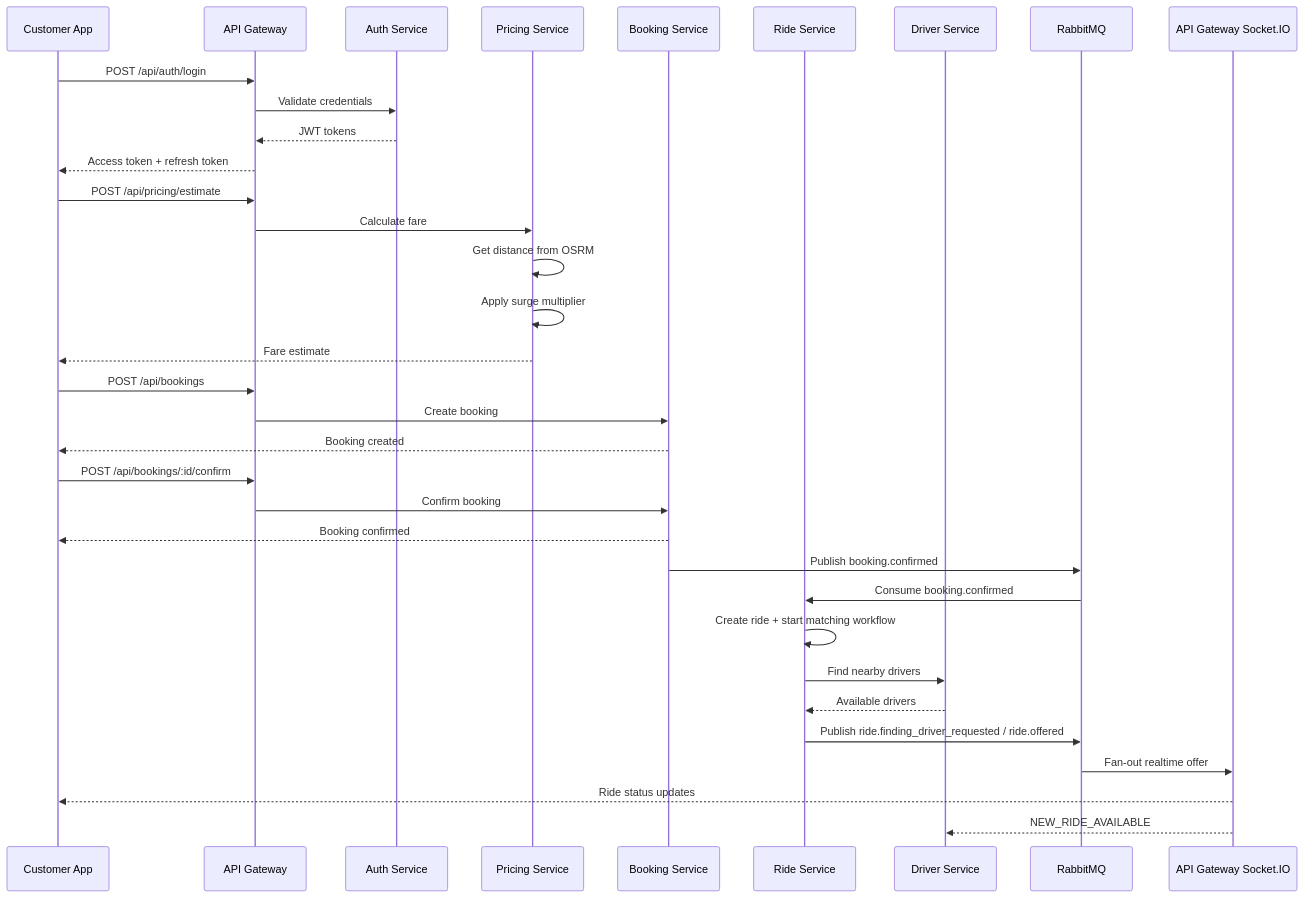
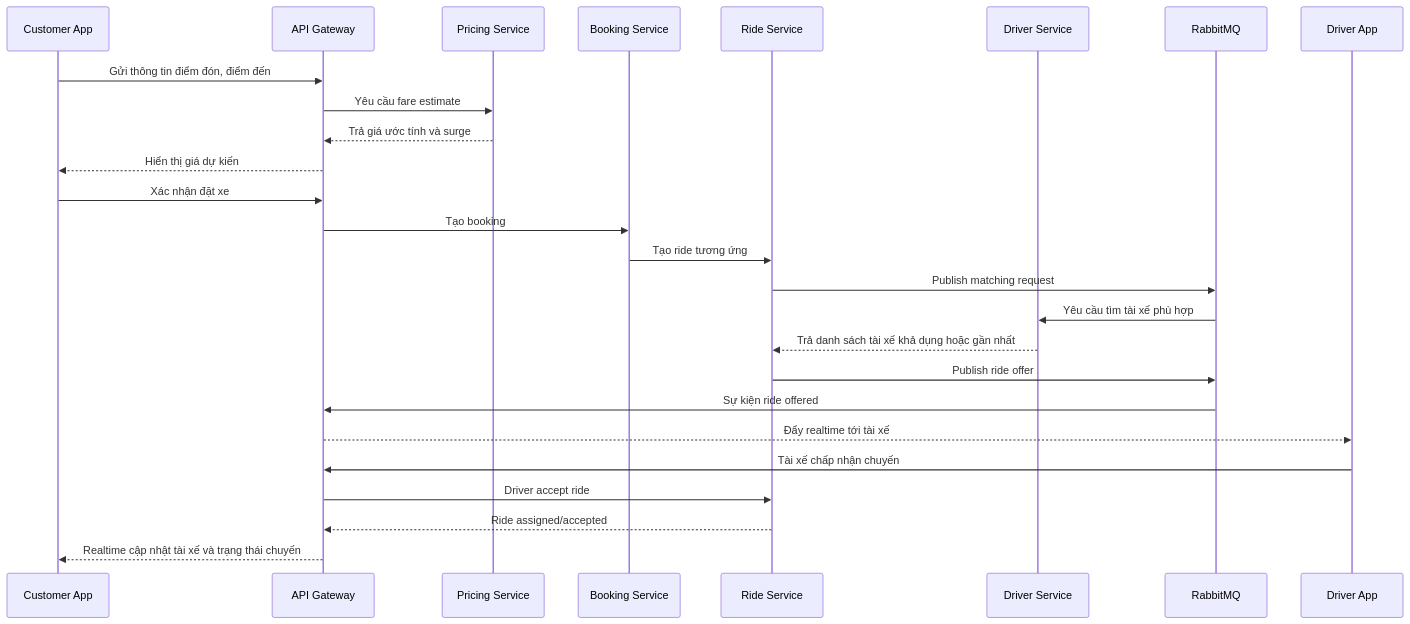
One commit to foxxiee04/Cab-Booking-System-Project changed the third of 6 diagrams in README.md. Above: the diagram before and after it, drawn with Mermaid. The commit also changed other lines of this file and 7 other files, not shown here.

````diff
--- a/README.md
+++ b/README.md
@@ -665,41 +227,30 @@
 ```mermaid
 sequenceDiagram
     participant C as Customer App
-    participant GW as API Gateway
-    participant A as Auth Service
+    participant G as API Gateway
     participant P as Pricing Service
     participant B as Booking Service
     participant R as Ride Service
     participant D as Driver Service
     participant MQ as RabbitMQ
-    participant GWS as API Gateway Socket.IO
+    participant DA as Driver App
 
-    C->>GW: POST /api/auth/login
-    GW->>A: Validate credentials
-    A-->>GW: JWT tokens
-    GW-->>C: Access token + refresh token
+    C->>G: Gửi thông tin điểm đón, điểm đến
+    G->>P: Yêu cầu fare estimate
+    P-->>G: Trả giá ước tính và surge
+    G-->>C: Hiển thị giá dự kiến
 
-    C->>GW: POST /api/pricing/estimate
-    GW->>P: Calculate fare
-    P->>P: Get distance from OSRM
-    P->>P: Apply surge multiplier
-    P-->>C: Fare estimate
-
-    C->>GW: POST /api/bookings
-    GW->>B: Create booking
-    B-->>C: Booking created
-
-    C->>GW: POST /api/bookings/:id/confirm
-    GW->>B: Confirm booking
-    B-->>C: Booking confirmed
-
-    B->>MQ: Publish booking.confirmed
-    MQ->>R: Consume booking.confirmed
-    R->>R: Create ride + start matching workflow
-    R->>D: Find nearby drivers
-    D-->>R: Available drivers
-    R->>MQ: Publish ride.finding_driver_requested / ride.offered
-    MQ->>GWS: Fan-out realtime offer
-    GWS-->>C: Ride status updates
-    GWS-->>D: NEW_RIDE_AVAILABLE
+    C->>G: Xác nhận đặt xe
+    G->>B: Tạo booking
+    B->>R: Tạo ride tương ứng
+    R->>MQ: Publish matching request
+    MQ->>D: Yêu cầu tìm tài xế phù hợp
+    D-->>R: Trả danh sách tài xế khả dụng hoặc gần nhất
+    R->>MQ: Publish ride offer
+    MQ->>G: Sự kiện ride offered
+    G-->>DA: Đẩy realtime tới tài xế
+    DA->>G: Tài xế chấp nhận chuyến
+    G->>R: Driver accept ride
+    R-->>G: Ride assigned/accepted
+    G-->>C: Realtime cập nhật tài xế và trạng thái chuyến
 ```
````
